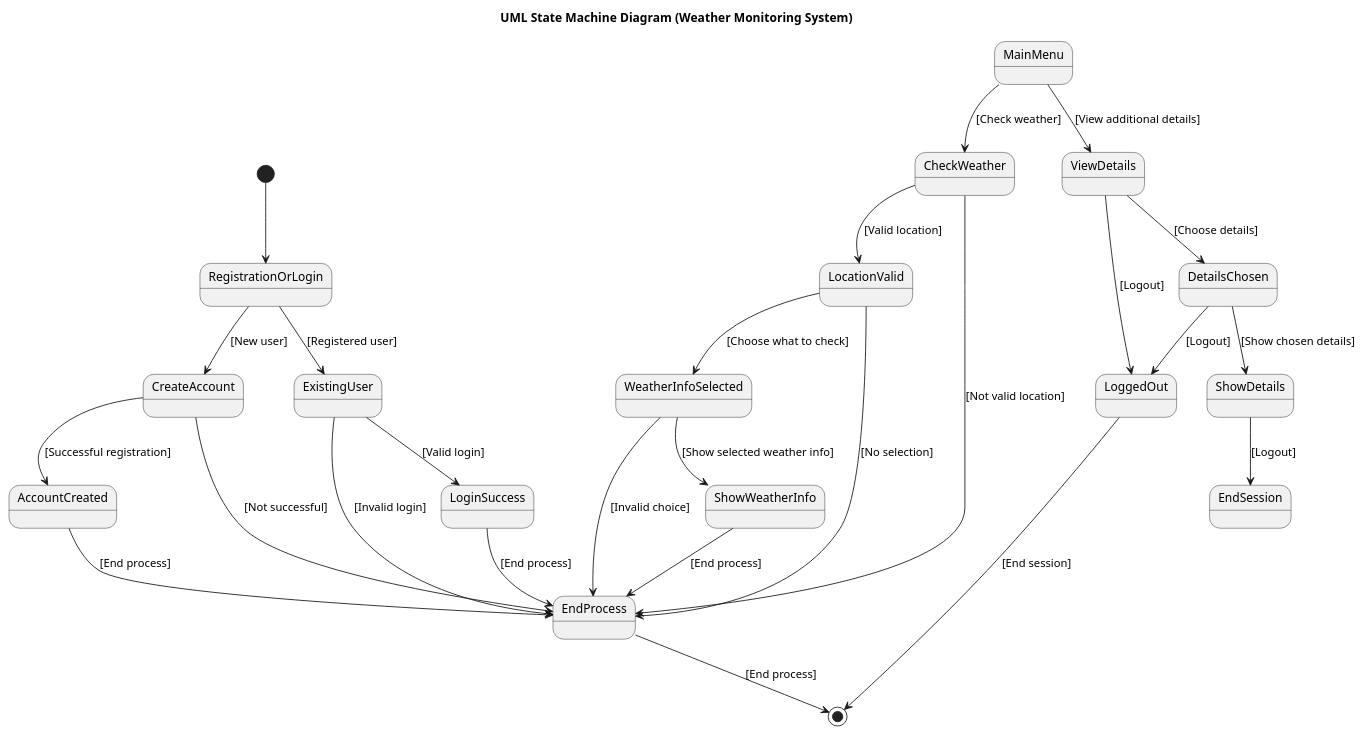
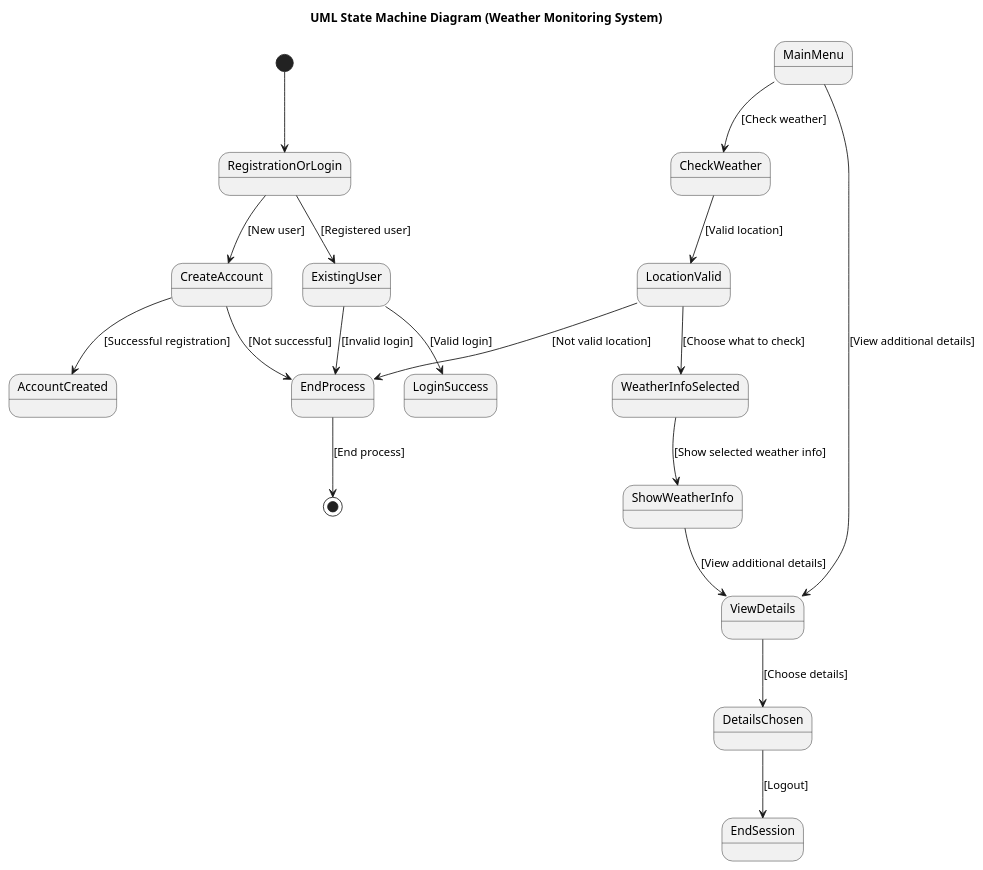
One commit to maimunafaria/State_transition_Diagram_generated_by_LLM changed the diagram in results/plantuml_pipeline_run2/runs/open_source__qwen25_7b_instruct__rag_validation_generator_critic_repair/case_16_weather_monitoring_system/run_01.repair_02.puml. Above: the diagram before and after it, drawn with PlantUML. The commit also changed 148 other files, not shown here.

```diff
--- a/results/plantuml_pipeline_run2/runs/open_source__qwen25_7b_instruct__rag_validation_generator_critic_repair/case_16_weather_monitoring_system/run_01.repair_02.puml
+++ b/results/plantuml_pipeline_run2/runs/open_source__qwen25_7b_instruct__rag_validation_generator_critic_repair/case_16_weather_monitoring_system/run_01.repair_02.puml
@@ -1,60 +1,36 @@
 @startuml
 title UML State Machine Diagram (Weather Monitoring System)
 
 [*] --> RegistrationOrLogin
 
 state RegistrationOrLogin <<choice>>
 RegistrationOrLogin --> CreateAccount : [New user]
 RegistrationOrLogin --> ExistingUser : [Registered user]
 
 state CreateAccount
 CreateAccount --> AccountCreated : [Successful registration]
 CreateAccount --> EndProcess : [Not successful]
 
 state ExistingUser
 ExistingUser --> LoginSuccess : [Valid login]
 ExistingUser --> EndProcess : [Invalid login]
 
+state CheckWeather
+CheckWeather --> LocationValid : [Valid location]
+LocationValid --> WeatherInfoSelected : [Choose what to check]
+WeatherInfoSelected --> ShowWeatherInfo : [Show selected weather info]
+ShowWeatherInfo --> ViewDetails : [View additional details]
+ViewDetails --> DetailsChosen : [Choose details]
+DetailsChosen --> EndSession : [Logout]
+
+state LocationValid
+LocationValid --> EndProcess : [Not valid location]
+
 state MainMenu
 MainMenu --> CheckWeather : [Check weather]
 MainMenu --> ViewDetails : [View additional details]
 
-state CheckWeather
-CheckWeather --> LocationValid : [Valid location]
-CheckWeather --> EndProcess : [Not valid location]
-
-state LocationValid
-LocationValid --> WeatherInfoSelected : [Choose what to check]
-LocationValid --> EndProcess : [No selection]
-
-state WeatherInfoSelected
-WeatherInfoSelected --> ShowWeatherInfo : [Show selected weather info]
-WeatherInfoSelected --> EndProcess : [Invalid choice]
-
-state ViewDetails
-ViewDetails --> DetailsChosen : [Choose details]
-ViewDetails --> LoggedOut : [Logout]
-
-state DetailsChosen
-DetailsChosen --> ShowDetails : [Show chosen details]
-DetailsChosen --> LoggedOut : [Logout]
-
-state ShowWeatherInfo
-ShowWeatherInfo --> EndProcess : [End process]
-
-state ShowDetails
-ShowDetails --> EndSession : [Logout]
-
-state AccountCreated
-AccountCreated --> EndProcess : [End process]
-
-state LoginSuccess
-LoginSuccess --> EndProcess : [End process]
-
-state EndProcess
+state EndProcess <<terminal>>
 EndProcess --> [*] : [End process]
 
-state LoggedOut
-LoggedOut --> [*] : [End session]
-
 @enduml
```
